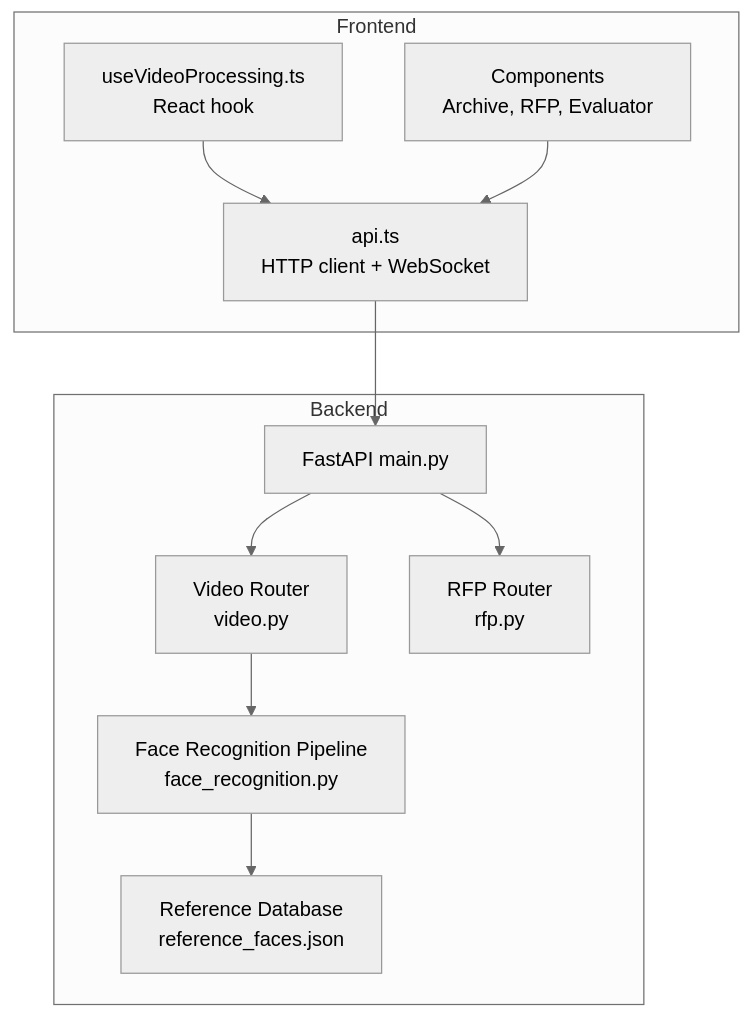
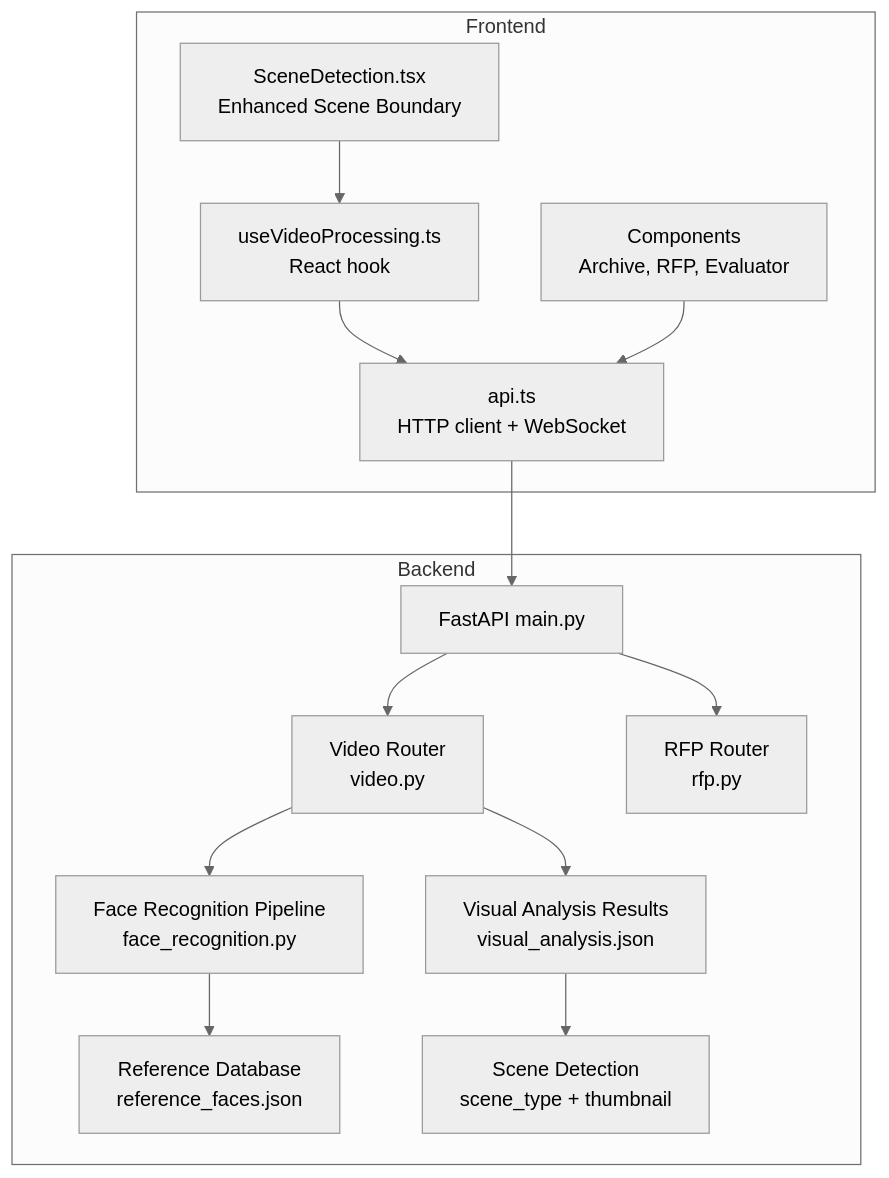
Before and after one commit to alexandreybasta-cyber/dubai-media-ai: the first of 3 diagrams in .qoder/repowiki/en/content/Frontend Application/API Integration & State Management.md, drawn with Mermaid (neutral theme). The commit also changed other lines of this file and 21 other files, not shown here.

````diff
--- a/.qoder/repowiki/en/content/Frontend Application/API Integration & State Management.md
+++ b/.qoder/repowiki/en/content/Frontend Application/API Integration & State Management.md
@@ -51,22 +52,28 @@
 ```mermaid
 graph TB
 subgraph "Frontend"
 A["api.ts<br/>HTTP client + WebSocket"]
 B["useVideoProcessing.ts<br/>React hook"]
 C["Components<br/>Archive, RFP, Evaluator"]
+D["SceneDetection.tsx<br/>Enhanced Scene Boundary"]
 end
 subgraph "Backend"
-D["FastAPI main.py"]
-E["Video Router<br/>video.py"]
-F["RFP Router<br/>rfp.py"]
-G["Face Recognition Pipeline<br/>face_recognition.py"]
-H["Reference Database<br/>reference_faces.json"]
+E["FastAPI main.py"]
+F["Video Router<br/>video.py"]
+G["RFP Router<br/>rfp.py"]
+H["Face Recognition Pipeline<br/>face_recognition.py"]
+I["Reference Database<br/>reference_faces.json"]
+J["Visual Analysis Results<br/>visual_analysis.json"]
+K["Scene Detection<br/>scene_type + thumbnail"]
 end
-A --> D
+A --> E
 B --> A
 C --> A
-D --> E
-D --> F
+D --> B
+E --> F
 E --> G
-G --> H
+F --> H
+F --> J
+H --> I
+J --> K
 ```
````
